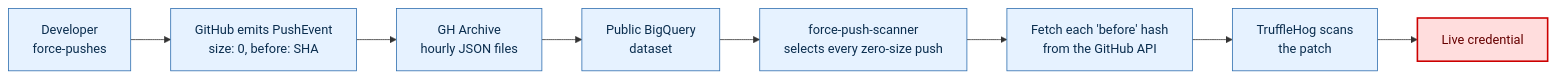
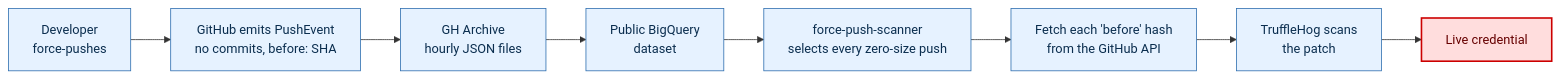
The fifth of 8 diagrams in README.md (chrisns/example-orphaned-commit-repo), drawn with Mermaid before and after one commit. The commit also changed other lines of this file and 3 other files, not shown here.

Commit message:
Record the real push event and correct the event field description

````diff
--- a/README.md
+++ b/README.md
@@ -196,15 +217,15 @@
 ```mermaid
 flowchart LR
-    A["Developer<br/>force-pushes"] --> B["GitHub emits PushEvent<br/>size: 0, before: SHA"]
+    A["Developer<br/>force-pushes"] --> B["GitHub emits PushEvent<br/>no commits, before: SHA"]
     B --> C["GH Archive<br/>hourly JSON files"]
     C --> D["Public BigQuery<br/>dataset"]
     D --> E["force-push-scanner<br/>selects every zero-size push"]
     E --> F["Fetch each 'before' hash<br/>from the GitHub API"]
     F --> G["TruffleHog scans<br/>the patch"]
     G --> H["Live credential"]
 
     classDef danger fill:#ffdddd,stroke:#cc0000,stroke-width:2px,color:#660000
     classDef step fill:#e6f2ff,stroke:#2f6fb0,color:#0b2e4f
     class H danger
     class A,B,C,D,E,F,G step
 ```
````
